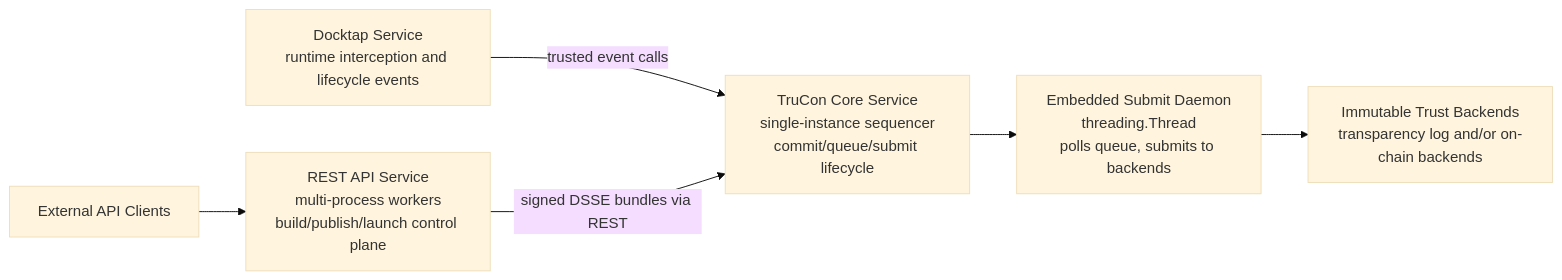
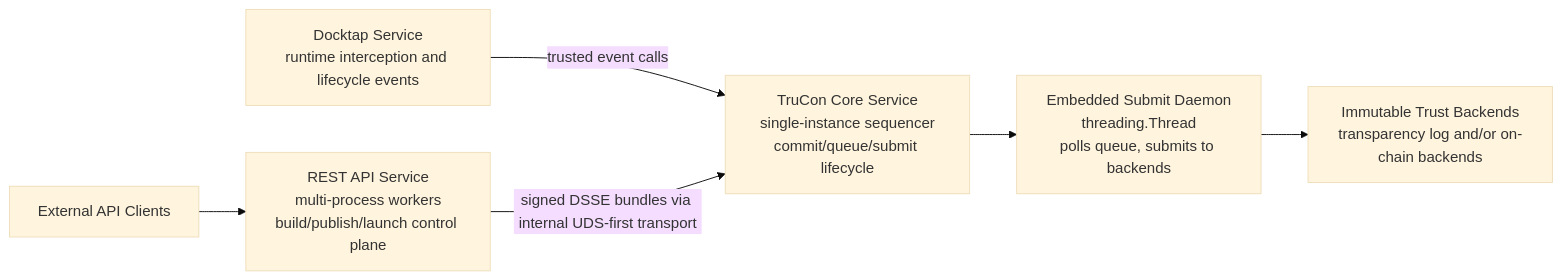
One commit to intel/confidential-computing-zoo changed the diagram in docs/architecture.md. Above: the diagram before and after it, drawn with Mermaid (base theme). The commit also changed other lines of this file and 25 other files, not shown here.

Commit message:
Impl `harden-trucon-internal-auth`

````diff
--- a/docs/architecture.md
+++ b/docs/architecture.md
@@ -35,10 +35,10 @@
 ```mermaid
 flowchart LR
   clients[External API Clients] --> rest[REST API Service<br/>multi-process workers<br/>build/publish/launch control plane]
 
   docktap[Docktap Service<br/>runtime interception and lifecycle events] -->|trusted event calls| trucon[TruCon Core Service<br/>single-instance sequencer<br/>commit/queue/submit lifecycle]
 
-  rest -->|signed DSSE bundles via REST| trucon
+  rest -->|signed DSSE bundles via internal UDS-first transport| trucon
   trucon --> daemon[Embedded Submit Daemon<br/>threading.Thread<br/>polls queue, submits to backends]
   daemon --> backends[Immutable Trust Backends<br/>transparency log and/or on-chain backends]
 ```
````
